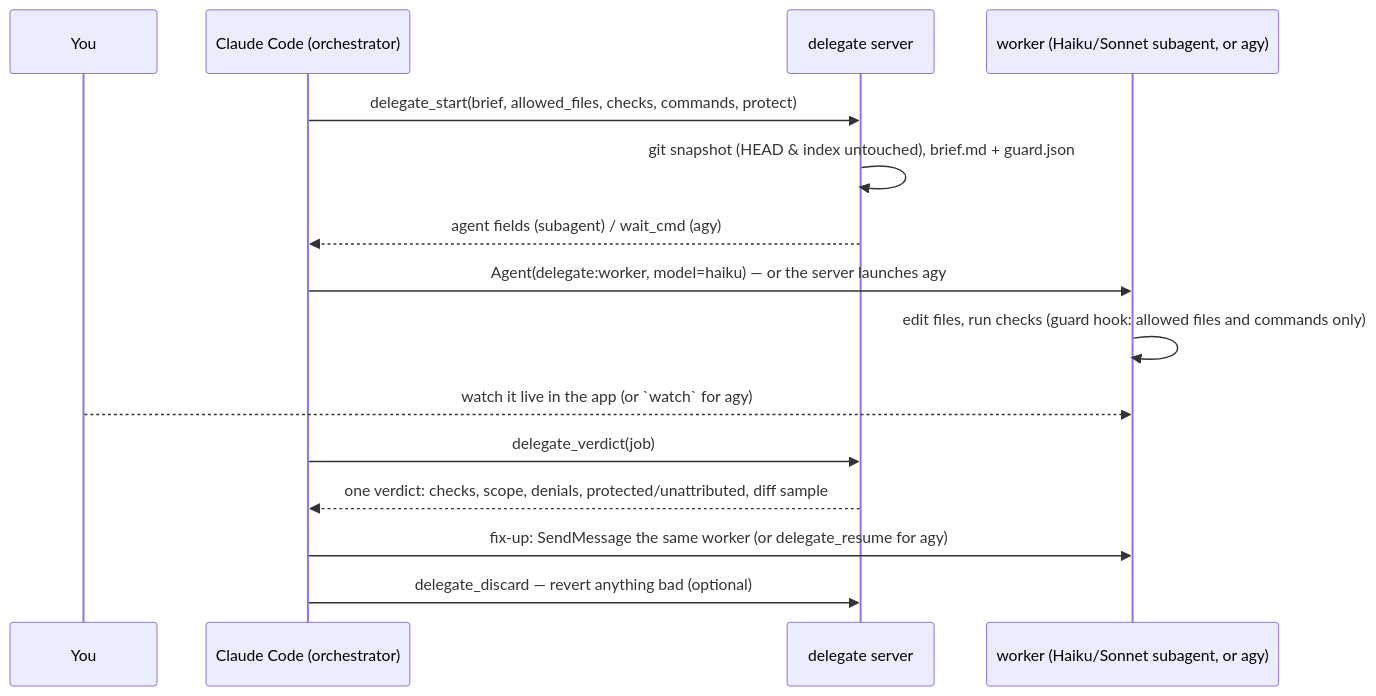
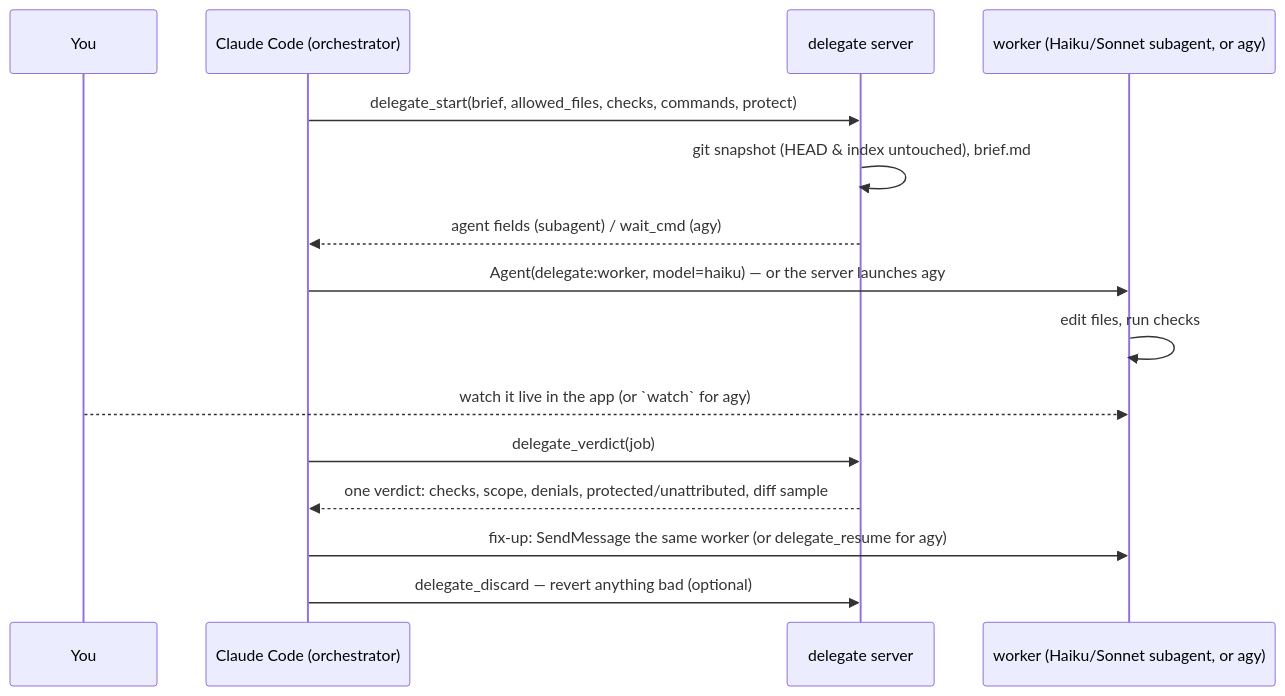
One commit to Pranavraut033/claude-code-agy-worker changed the diagram in README.md. Above: the diagram before and after it, drawn with Mermaid. The commit also changed other lines of this file and 9 other files, not shown here.

````diff
--- a/README.md
+++ b/README.md
@@ -21,17 +21,17 @@
 ```mermaid
 sequenceDiagram
     participant You
     participant Claude as Claude Code (orchestrator)
     participant S as delegate server
     participant W as worker (Haiku/Sonnet subagent, or agy)
     Claude->>S: delegate_start(brief, allowed_files, checks, commands, protect)
-    S->>S: git snapshot (HEAD & index untouched), brief.md + guard.json
+    S->>S: git snapshot (HEAD & index untouched), brief.md
     S-->>Claude: agent fields (subagent) / wait_cmd (agy)
     Claude->>W: Agent(delegate:worker, model=haiku) — or the server launches agy
-    W->>W: edit files, run checks (guard hook: allowed files and commands only)
+    W->>W: edit files, run checks
     You-->>W: watch it live in the app (or `watch` for agy)
     Claude->>S: delegate_verdict(job)
     S-->>Claude: one verdict: checks, scope, denials, protected/unattributed, diff sample
     Claude->>W: fix-up: SendMessage the same worker (or delegate_resume for agy)
     Claude->>S: delegate_discard — revert anything bad (optional)
 ```
````
